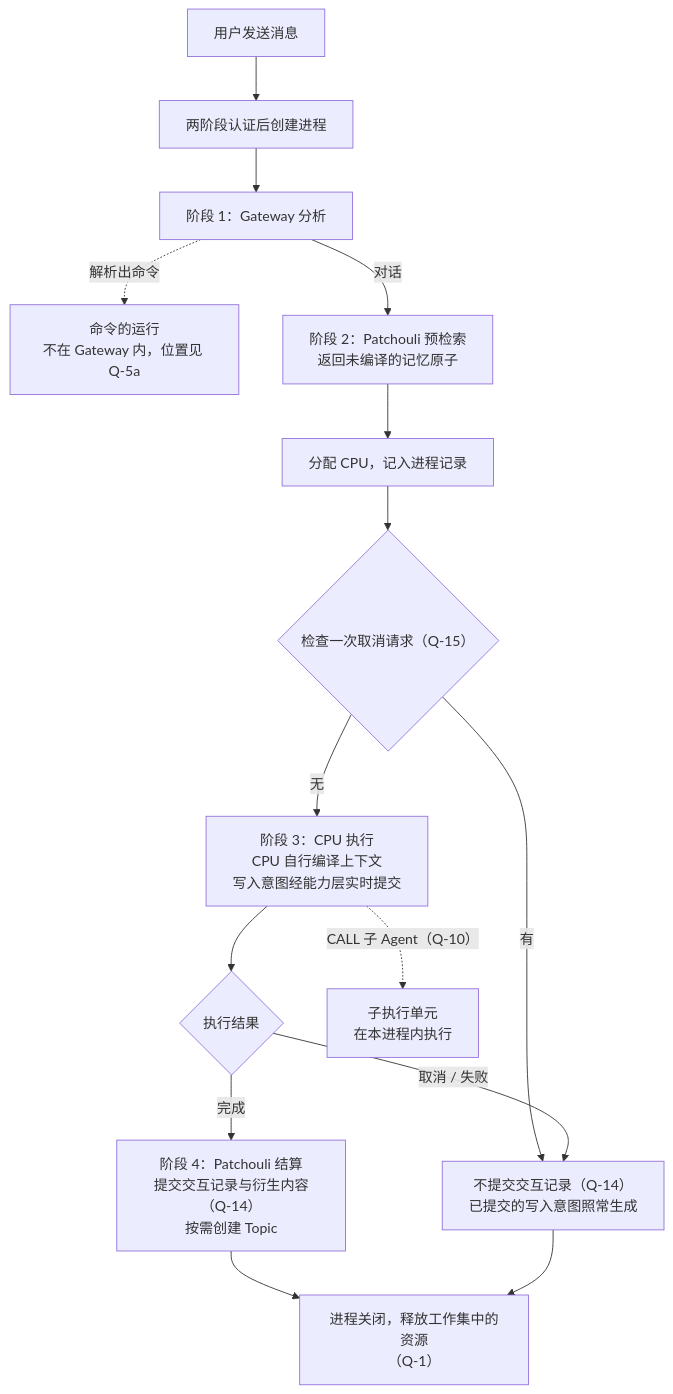
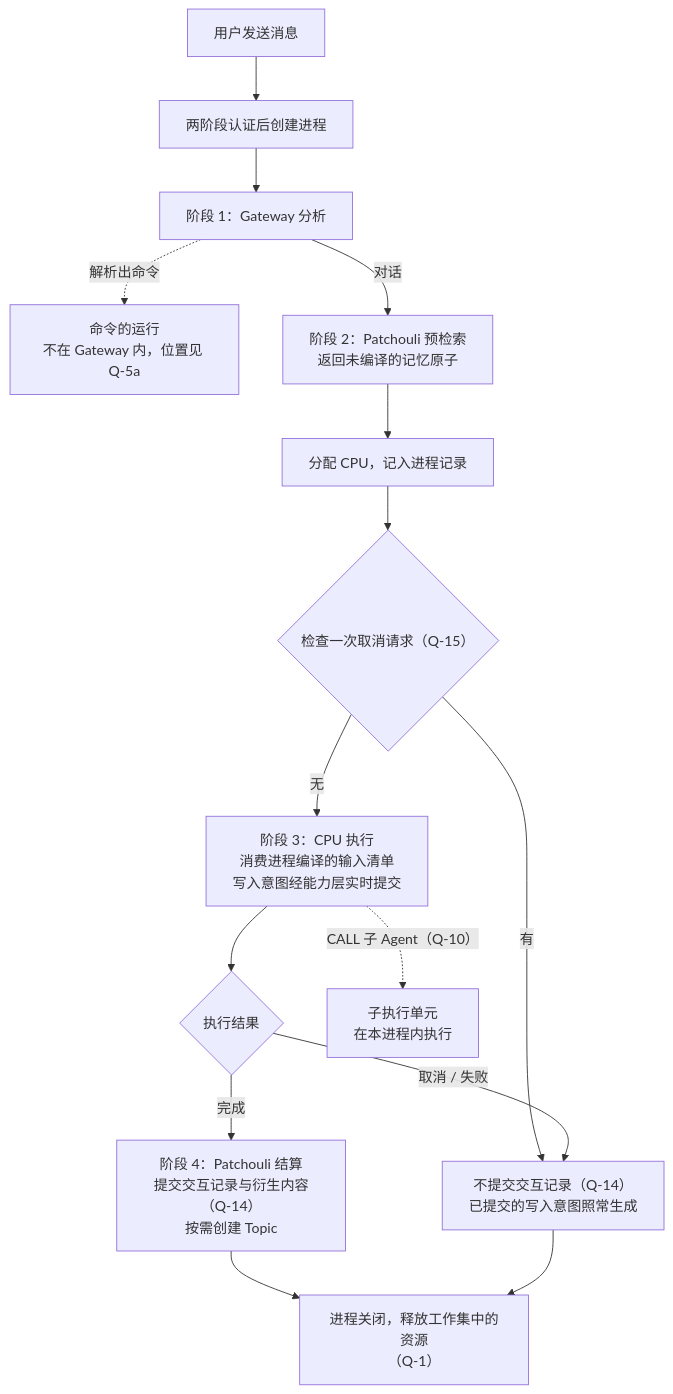
One commit to artemis03976/HiveMemory changed the fourth of 5 diagrams in docs/ideas/task-process-table-and-registration-entry.md. Above: the diagram before and after it, drawn with Mermaid. The commit also changed other lines of this file and 29 other files, not shown here.

````diff
--- a/docs/ideas/task-process-table-and-registration-entry.md
+++ b/docs/ideas/task-process-table-and-registration-entry.md
@@ -281,17 +285,17 @@
 ```mermaid
 flowchart TB
     A["用户发送消息"] --> B["两阶段认证后创建进程"]
     B --> C["阶段 1：Gateway 分析"]
     C -. "解析出命令" .-> K["命令的运行<br/>不在 Gateway 内，位置见 Q-5a"]
     C -- "对话" --> D["阶段 2：Patchouli 预检索<br/>返回未编译的记忆原子"]
     D --> E["分配 CPU，记入进程记录"]
     E --> X{"检查一次取消请求（Q-15）"}
     X -- "有" --> I
-    X -- "无" --> F["阶段 3：CPU 执行<br/>CPU 自行编译上下文<br/>写入意图经能力层实时提交"]
+    X -- "无" --> F["阶段 3：CPU 执行<br/>消费进程编译的输入清单<br/>写入意图经能力层实时提交"]
     F --> G{"执行结果"}
     G -- "完成" --> H["阶段 4：Patchouli 结算<br/>提交交互记录与衍生内容（Q-14）<br/>按需创建 Topic"]
     G -- "取消 / 失败" --> I["不提交交互记录（Q-14）<br/>已提交的写入意图照常生成"]
     H --> J["进程关闭，释放工作集中的资源<br/>（Q-1）"]
     I --> J
     F -. "CALL 子 Agent（Q-10）" .-> L["子执行单元<br/>在本进程内执行"]
 ```
````
